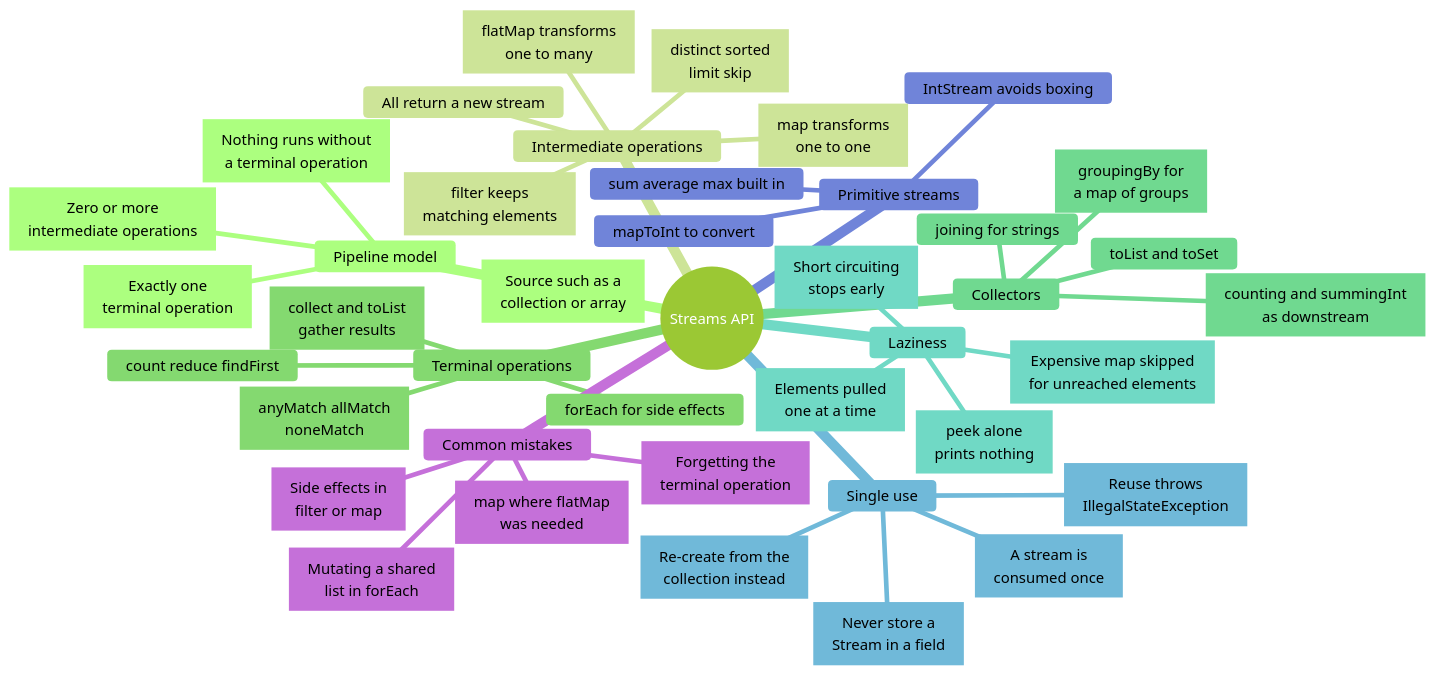
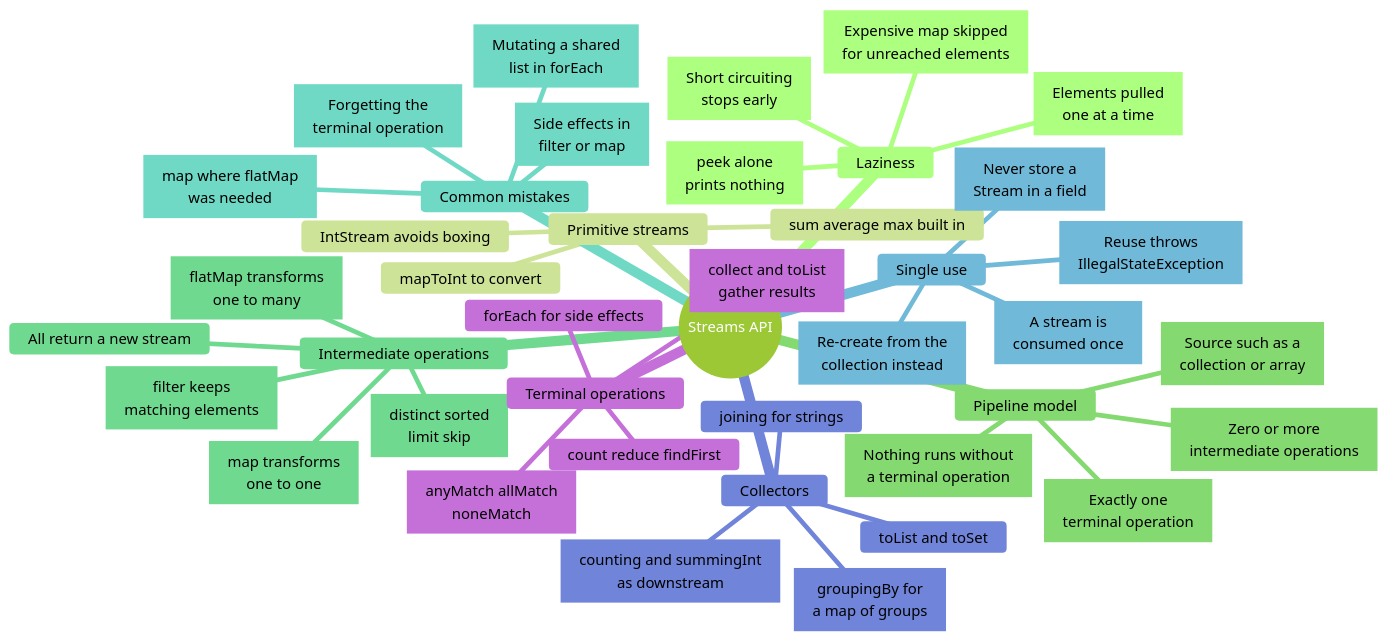
The eighth of 13 diagrams in notes/shared/mind maps/revision_t10_t22.md (nmcguinness/L8-OOP-Module-Content), drawn with Mermaid before and after one commit. The commit also changed other lines of this file and 4 other files, not shown here.

Commit message:
fixed mindmap label truncation and added admonitions test

````diff
--- a/notes/shared/mind maps/revision_t10_t22.md
+++ b/notes/shared/mind maps/revision_t10_t22.md
@@ -1024,80 +1024,80 @@
 ```mermaid
 ---
 title: "Streams API"
 accDescr: "Mind map of Streams API. Branches: Pipeline model; Intermediate operations; Terminal operations; Collectors; Laziness; Single use; Primitive streams; Common mistakes."
 ---
 %%{init: { "theme": "forest", "markdownAutoWrap": false, "mindmap": { "maxNodeWidth": 300 } }}%%
 mindmap
   root((Streams API))
+    Laziness
+      n13["`Elements pulled
+      one at a time`"]
+      n14["`Short circuiting
+      stops early`"]
+      n15["`Expensive map skipped
+      for unreached elements`"]
+      n16["`peek alone
+      prints nothing`"]
+
+    Primitive streams
+      IntStream avoids boxing
+      mapToInt to convert
+      sum average max built in
+
     Pipeline model
       n1["`Source such as a
       collection or array`"]
       n2["`Zero or more
       intermediate operations`"]
       n3["`Exactly one
       terminal operation`"]
       n4["`Nothing runs without
       a terminal operation`"]
 
     Intermediate operations
       n5["`filter keeps
       matching elements`"]
       n6["`map transforms
       one to one`"]
       n7["`flatMap transforms
       one to many`"]
       n8["`distinct sorted
       limit skip`"]
       All return a new stream
 
-    Terminal operations
-      n9["`collect and toList
-      gather results`"]
-      count reduce findFirst
-      n10["`anyMatch allMatch
-      noneMatch`"]
-      forEach for side effects
-
-    Collectors
-      toList and toSet
-      joining for strings
-      n11["`groupingBy for
-      a map of groups`"]
-      n12["`counting and summingInt
-      as downstream`"]
-
-    Laziness
-      n13["`Elements pulled
-      one at a time`"]
-      n14["`Short circuiting
-      stops early`"]
-      n15["`Expensive map skipped
-      for unreached elements`"]
-      n16["`peek alone
-      prints nothing`"]
+    Common mistakes
+      n21["`Forgetting the
+      terminal operation`"]
+      n22["`map where flatMap
+      was needed`"]
+      n23["`Side effects in
+      filter or map`"]
+      n24["`Mutating a shared
+      list in forEach`"]
 
     Single use
       n17["`A stream is
       consumed once`"]
       n18["`Reuse throws
       IllegalStateException`"]
       n19["`Re-create from the
       collection instead`"]
       n20["`Never store a
       Stream in a field`"]
 
-    Primitive streams
-      IntStream avoids boxing
-      mapToInt to convert
-      sum average max built in
+    Collectors
+      toList and toSet
+      joining for strings
+      n11["`groupingBy for
+      a map of groups`"]
+      n12["`counting and summingInt
+      as downstream`"]
 
-    Common mistakes
-      n21["`Forgetting the
-      terminal operation`"]
-      n22["`map where flatMap
-      was needed`"]
-      n23["`Side effects in
-      filter or map`"]
-      n24["`Mutating a shared
-      list in forEach`"]
+    Terminal operations
+      n9["`collect and toList
+      gather results`"]
+      count reduce findFirst
+      n10["`anyMatch allMatch
+      noneMatch`"]
+      forEach for side effects
 ```
````
